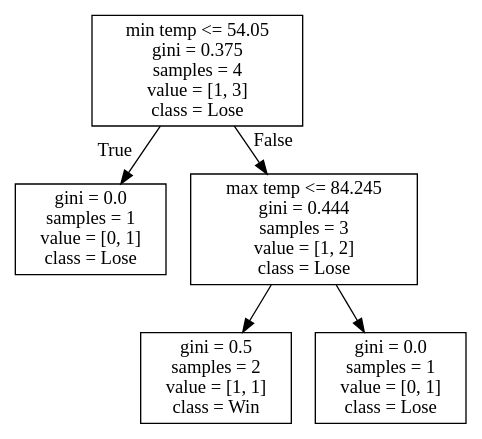
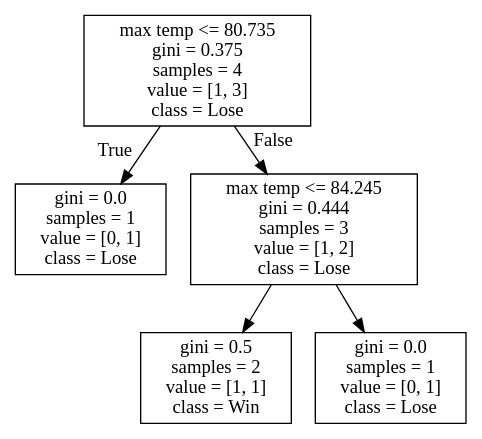
The diagram in DecisionTrees/Conference USAdecision_tree_no_score_or_attendance1.dot (alexana-steck/CSE482Project), drawn with Graphviz before and after one commit. The commit also changed 236 other files, not shown here.

```diff
--- a/DecisionTrees/Conference USAdecision_tree_no_score_or_attendance1.dot
+++ b/DecisionTrees/Conference USAdecision_tree_no_score_or_attendance1.dot
@@ -1,12 +1,12 @@
 digraph Tree {
 node [shape=box] ;
-0 [label="min temp <= 54.05\ngini = 0.375\nsamples = 4\nvalue = [1, 3]\nclass = Lose"] ;
+0 [label="max temp <= 80.735\ngini = 0.375\nsamples = 4\nvalue = [1, 3]\nclass = Lose"] ;
 1 [label="gini = 0.0\nsamples = 1\nvalue = [0, 1]\nclass = Lose"] ;
 0 -> 1 [labeldistance=2.5, labelangle=45, headlabel="True"] ;
 2 [label="max temp <= 84.245\ngini = 0.444\nsamples = 3\nvalue = [1, 2]\nclass = Lose"] ;
 0 -> 2 [labeldistance=2.5, labelangle=-45, headlabel="False"] ;
 3 [label="gini = 0.5\nsamples = 2\nvalue = [1, 1]\nclass = Win"] ;
 2 -> 3 ;
 4 [label="gini = 0.0\nsamples = 1\nvalue = [0, 1]\nclass = Lose"] ;
 2 -> 4 ;
 }
```
